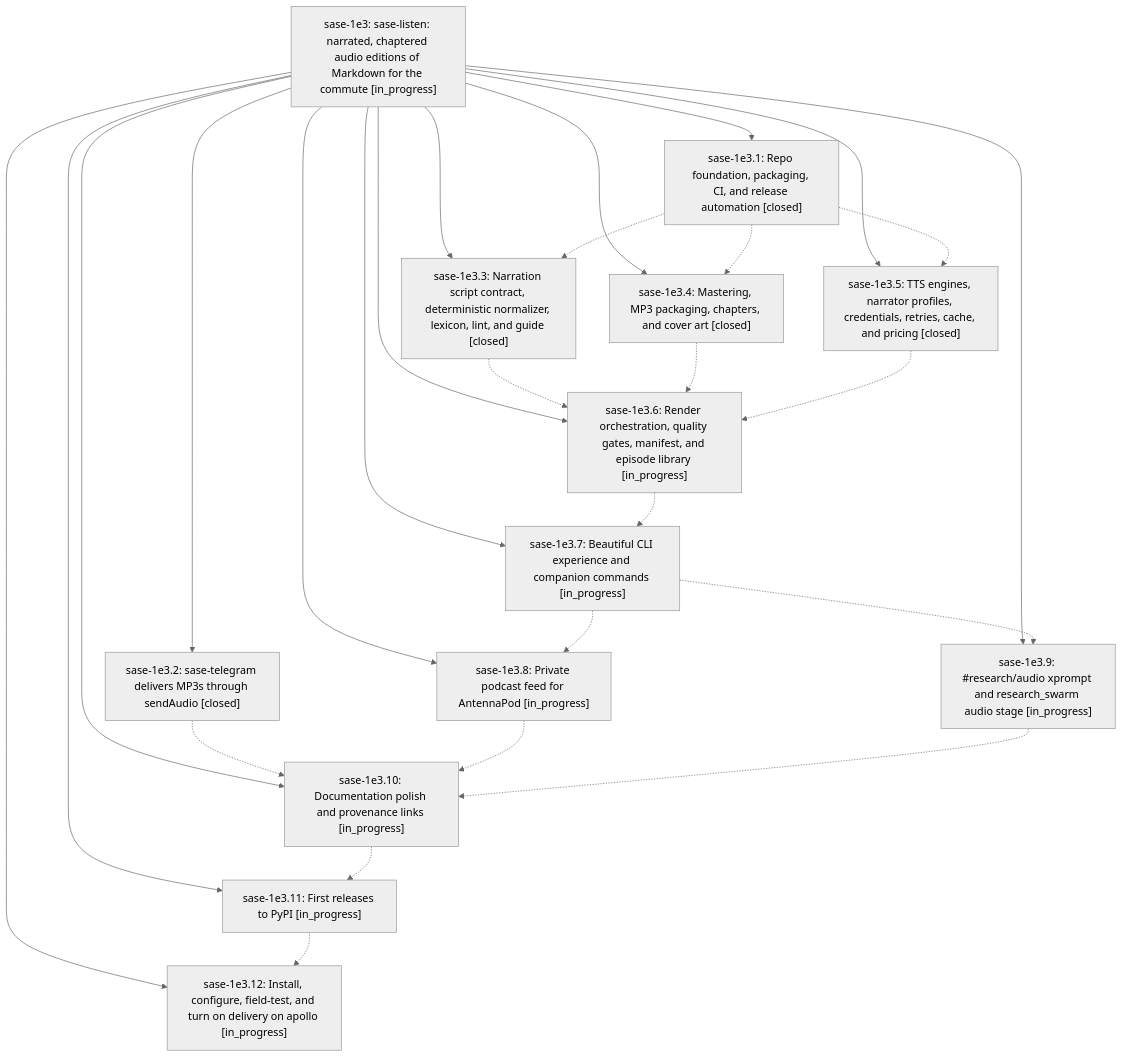
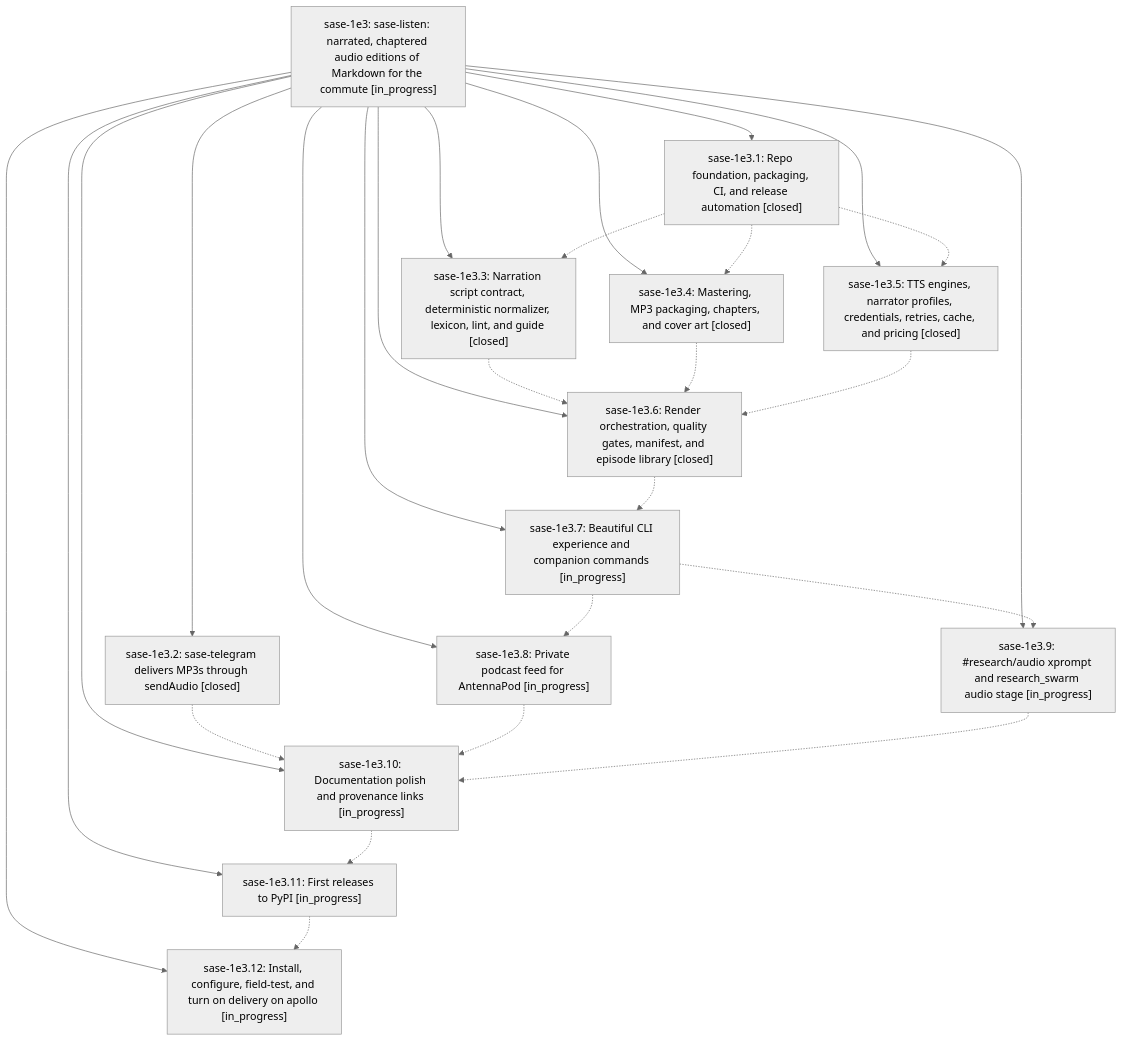
The diagram in pages/sase-1e3/README.md (sase-org/sase--beads), drawn with Mermaid (neutral theme) before and after one commit. The commit also changed other lines of this file and 5 other files, not shown here.

````diff
--- a/pages/sase-1e3/README.md
+++ b/pages/sase-1e3/README.md
@@ -47,42 +47,42 @@
 ```mermaid
 flowchart TD
     n0["sase-1e3: sase-listen: narrated, chaptered audio editions of Markdown for the commute [in_progress]"]
     n1["sase-1e3.1: Repo foundation, packaging, CI, and release automation [closed]"]
     n2["sase-1e3.10: Documentation polish and provenance links [in_progress]"]
     n3["sase-1e3.11: First releases to PyPI [in_progress]"]
     n4["sase-1e3.12: Install, configure, field-test, and turn on delivery on apollo [in_progress]"]
     n5["sase-1e3.2: sase-telegram delivers MP3s through sendAudio [closed]"]
     n6["sase-1e3.3: Narration script contract, deterministic normalizer, lexicon, lint, and guide [closed]"]
     n7["sase-1e3.4: Mastering, MP3 packaging, chapters, and cover art [closed]"]
     n8["sase-1e3.5: TTS engines, narrator profiles, credentials, retries, cache, and pricing [closed]"]
-    n9["sase-1e3.6: Render orchestration, quality gates, manifest, and episode library [in_progress]"]
+    n9["sase-1e3.6: Render orchestration, quality gates, manifest, and episode library [closed]"]
     n10["sase-1e3.7: Beautiful CLI experience and companion commands [in_progress]"]
     n11["sase-1e3.8: Private podcast feed for AntennaPod [in_progress]"]
     n12["sase-1e3.9: #research/audio xprompt and research_swarm audio stage [in_progress]"]
     n0 --> n1
     n0 --> n2
     n0 --> n3
     n0 --> n4
     n0 --> n5
     n0 --> n6
     n0 --> n7
     n0 --> n8
     n0 --> n9
     n0 --> n10
     n0 --> n11
     n0 --> n12
     n1 -.-> n6
     n1 -.-> n7
     n1 -.-> n8
     n2 -.-> n3
     n3 -.-> n4
     n5 -.-> n2
     n6 -.-> n9
     n7 -.-> n9
     n8 -.-> n9
     n9 -.-> n10
     n10 -.-> n11
     n10 -.-> n12
     n11 -.-> n2
     n12 -.-> n2
 ```
````
